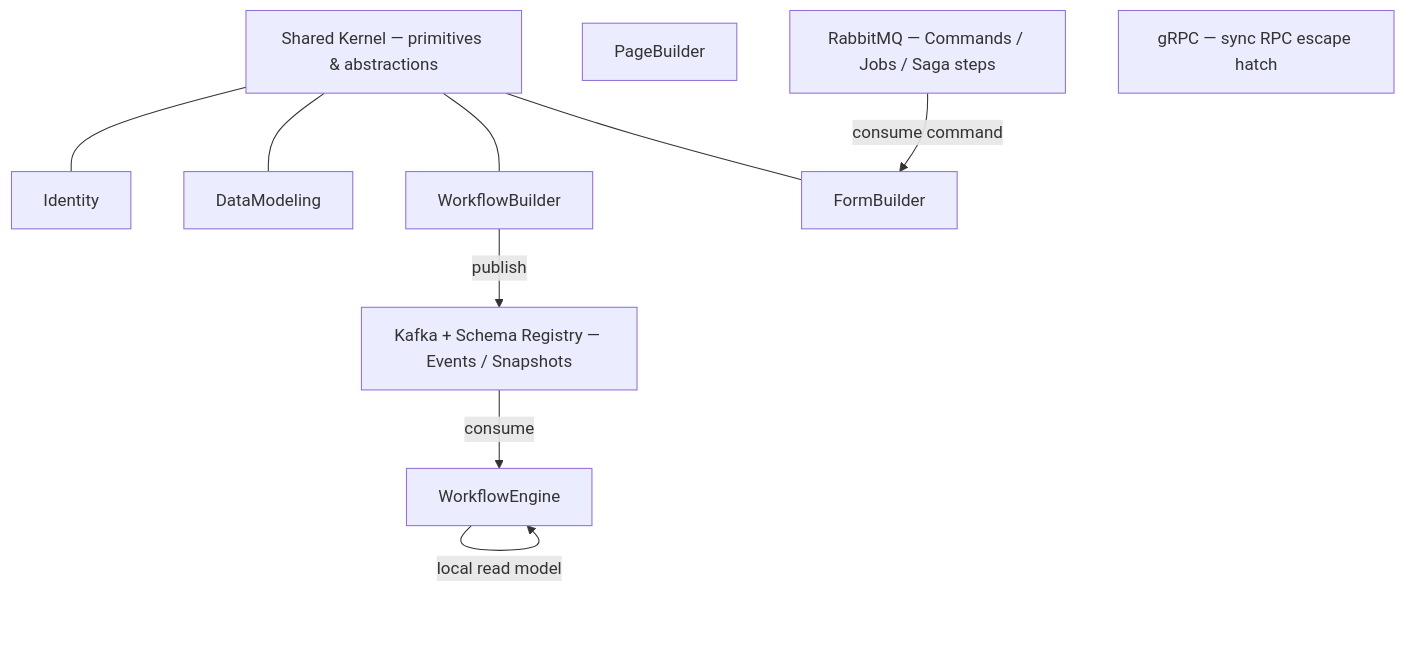
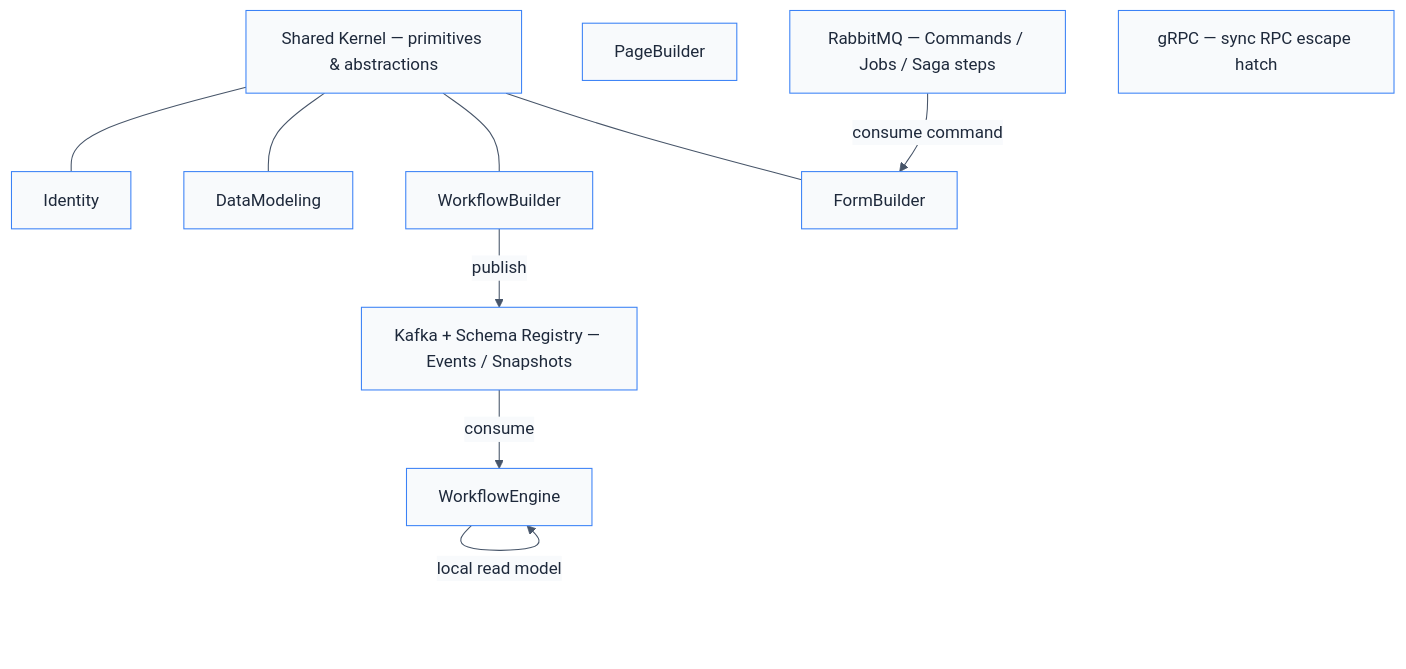
One commit to phuongnse/axis changed the third of 3 diagrams in docs/README.md. Above: the diagram before and after it, drawn with Mermaid. The commit also changed other lines of this file and 1 other file, not shown here.

Commit message:
docs: align Mermaid theme background with Axis palette (#f8fafc)

````diff
--- a/docs/README.md
+++ b/docs/README.md
@@ -146,21 +148,22 @@
 ```mermaid
+%%{init: {'theme':'base','themeVariables':{'background':'#f8fafc','mainBkg':'#f8fafc','primaryColor':'#dbeafe','primaryBorderColor':'#3b82f6','primaryTextColor':'#1e293b','secondaryColor':'#f0f9ff','tertiaryColor':'#f8fafc','lineColor':'#475569','clusterBkg':'#f0f9ff','edgeLabelBackground':'#f8fafc','actorBkg':'#dbeafe','actorBorder':'#3b82f6','actorTextColor':'#1e293b','signalColor':'#475569','labelBoxBkgColor':'#f0f9ff','noteBkgColor':'#f0f9ff'}}}%%
 flowchart TB
   SK[Shared Kernel — primitives & abstractions]
 
   ID[Identity]
   DM[DataModeling]
   WB[WorkflowBuilder]
   FB[FormBuilder]
   WE[WorkflowEngine]
   PB[PageBuilder]
 
   SK --- ID & DM & WB & FB
   Kafka[Kafka + Schema Registry — Events / Snapshots]
   RMQ[RabbitMQ — Commands / Jobs / Saga steps]
   GRPC[gRPC — sync RPC escape hatch]
 
   WB -->|publish| Kafka
   Kafka -->|consume| WE
   RMQ -->|consume command| FB
   WE -->|local read model| WE
 ```
````
